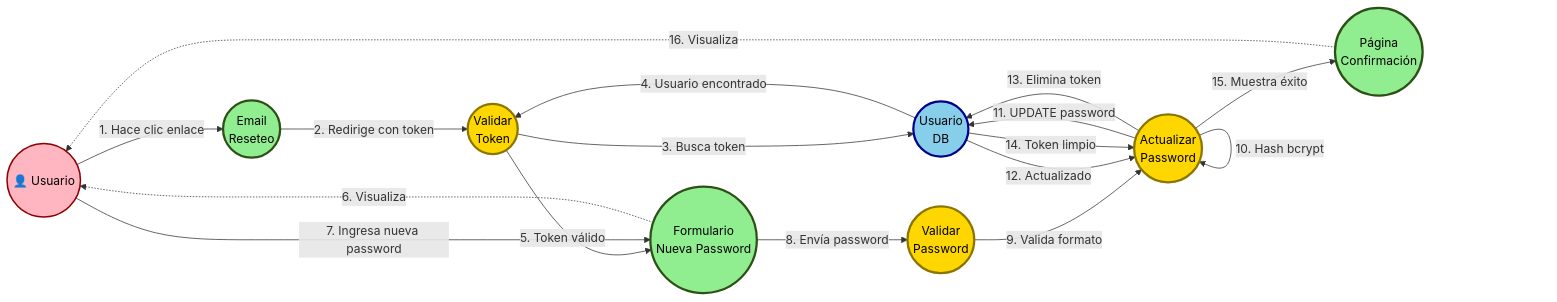
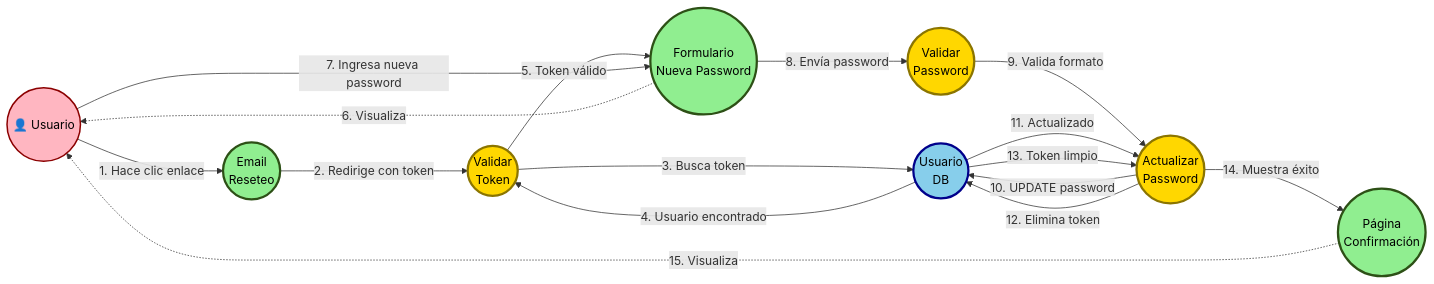
Diagram 11 of 12 in diagrama-robustez-uml.md (cgala/TFI_HybridParking), drawn with Mermaid before and after one commit.

Commit message:
Fix: Corregir flecha auto-referencial en diagrama 11 (Restablecer Contraseña)
Eliminar flecha 10.bcrypt que era auto-referencial (C3 -> C3).
El hash con bcrypt se entiende como lógica interna de C3 (Actualizar Password).
Ajustar numeración de flechas subsiguientes (10-15).

````diff
--- a/diagrama-robustez-uml.md
+++ b/diagrama-robustez-uml.md
@@ -624,44 +624,43 @@
 ```mermaid
 graph LR
     Actor((👤 Usuario))
 
     %% BOUNDARIES
     B1((Email<br/>Reseteo))
     B2((Formulario<br/>Nueva Password))
     B3((Página<br/>Confirmación))
 
     %% CONTROLS
     C1((Validar<br/>Token))
     C2((Validar<br/>Password))
     C3((Actualizar<br/>Password))
 
     %% ENTITIES
     E1((Usuario<br/>DB))
 
     Actor -->|1. Hace clic enlace| B1
     B1 -->|2. Redirige con token| C1
     C1 -->|3. Busca token| E1
     E1 -->|4. Usuario encontrado| C1
     C1 -->|5. Token válido| B2
     B2 -.->|6. Visualiza| Actor
     Actor -->|7. Ingresa nueva password| B2
     B2 -->|8. Envía password| C2
     C2 -->|9. Valida formato| C3
-    C3 -->|10. Hash bcrypt| C3
-    C3 -->|11. UPDATE password| E1
-    E1 -->|12. Actualizado| C3
-    C3 -->|13. Elimina token| E1
-    E1 -->|14. Token limpio| C3
-    C3 -->|15. Muestra éxito| B3
-    B3 -.->|16. Visualiza| Actor
+    C3 -->|10. UPDATE password| E1
+    E1 -->|11. Actualizado| C3
+    C3 -->|12. Elimina token| E1
+    E1 -->|13. Token limpio| C3
+    C3 -->|14. Muestra éxito| B3
+    B3 -.->|15. Visualiza| Actor
 
     classDef boundary fill:#90EE90,stroke:#2d5016,stroke-width:3px,color:#000
     classDef control fill:#FFD700,stroke:#8B7500,stroke-width:3px,color:#000
     classDef entity fill:#87CEEB,stroke:#00008B,stroke-width:3px,color:#000
     classDef actor fill:#FFB6C1,stroke:#8B0000,stroke-width:2px,color:#000
 
     class B1,B2,B3 boundary
     class C1,C2,C3 control
     class E1 entity
     class Actor actor
 ```
````
